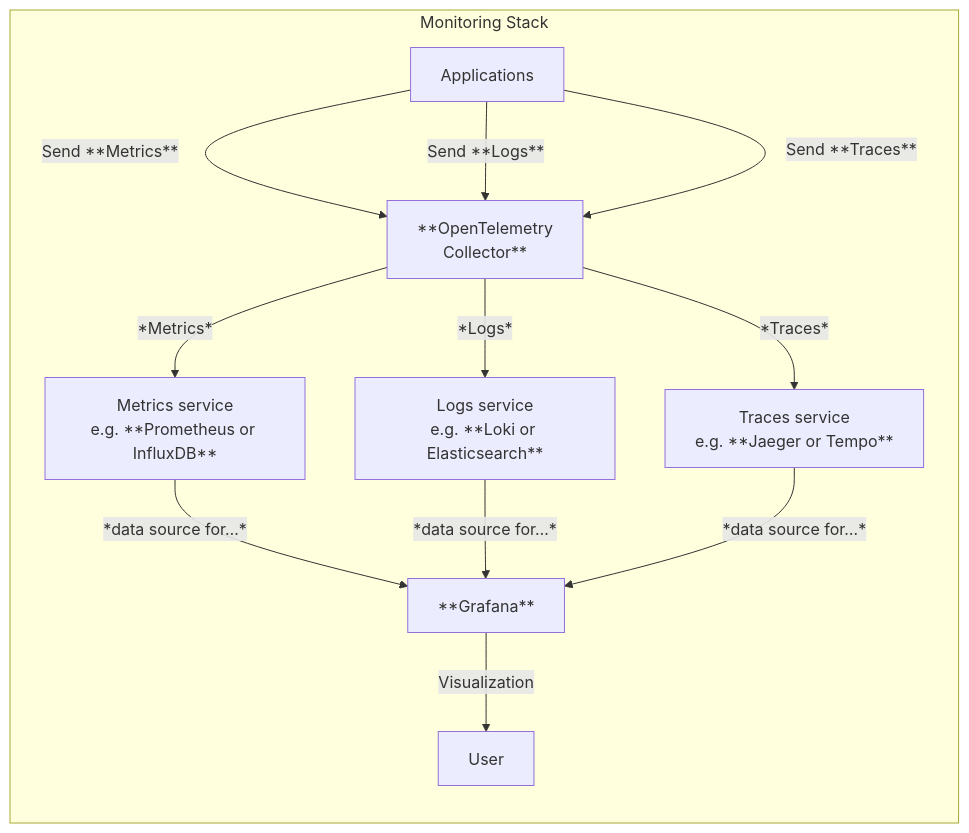
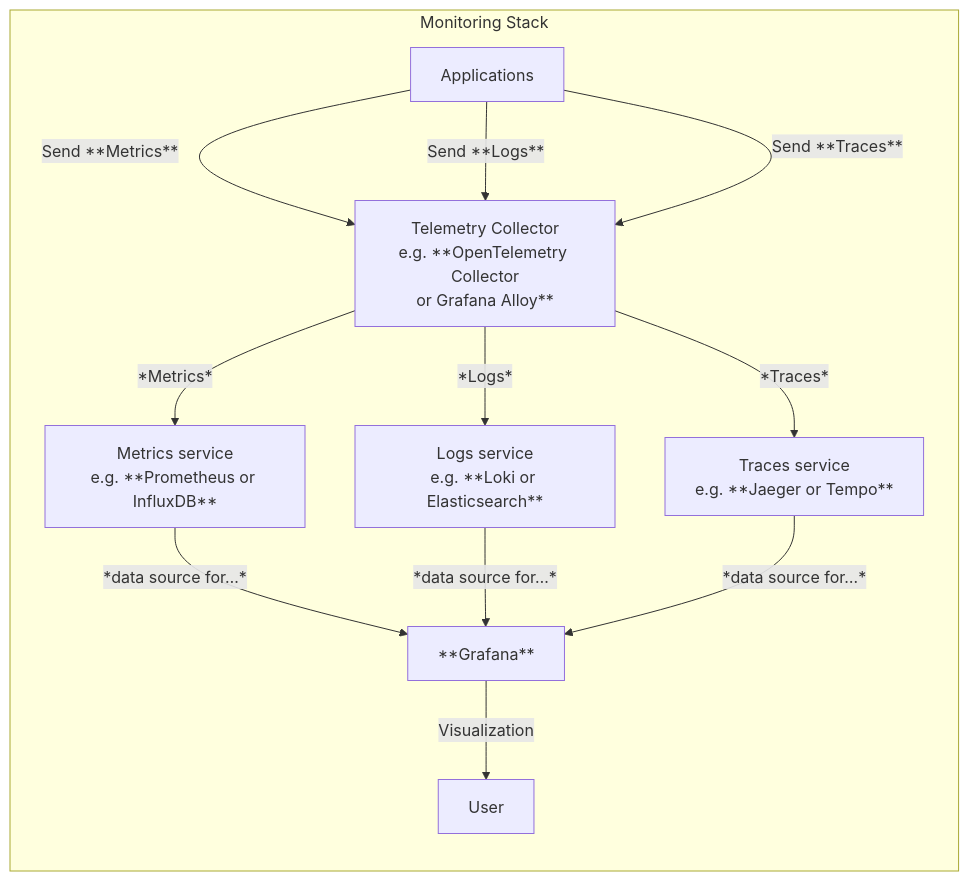
Before and after one commit to RobertoPrevato/K8sStudies: the second of 2 diagrams in docs/k3s/monitoring.md, drawn with Mermaid. The commit also changed other lines of this file and 7 other files, not shown here.

````diff
--- a/docs/k3s/monitoring.md
+++ b/docs/k3s/monitoring.md
@@ -101,13 +101,13 @@
 ```mermaid
 graph TD
     subgraph "Monitoring Stack"
         direction TB
-        A[Applications] -->|Send **Metrics**| O[**OpenTelemetry<br/>Collector**] -->|*Metrics*| B[Metrics service<br/>e.g. **Prometheus or InfluxDB**]
+        A[Applications] -->|Send **Metrics**| O[Telemetry Collector<br/>e.g. **OpenTelemetry Collector<br>or Grafana Alloy**] -->|*Metrics*| B[Metrics service<br/>e.g. **Prometheus or InfluxDB**]
         A -->|Send **Logs**| O -->|*Logs*| E[Logs service<br/>e.g. **Loki or Elasticsearch**]
         A -->|Send **Traces**| O -->|*Traces*| F[Traces service<br/>e.g. **Jaeger or Tempo**]
         B -->|*data source for…*| C[**Grafana**]
         E -->|*data source for…*| C
         F -->|*data source for…*| C
         C -->|Visualization| D[User]
     end
 ```
````
